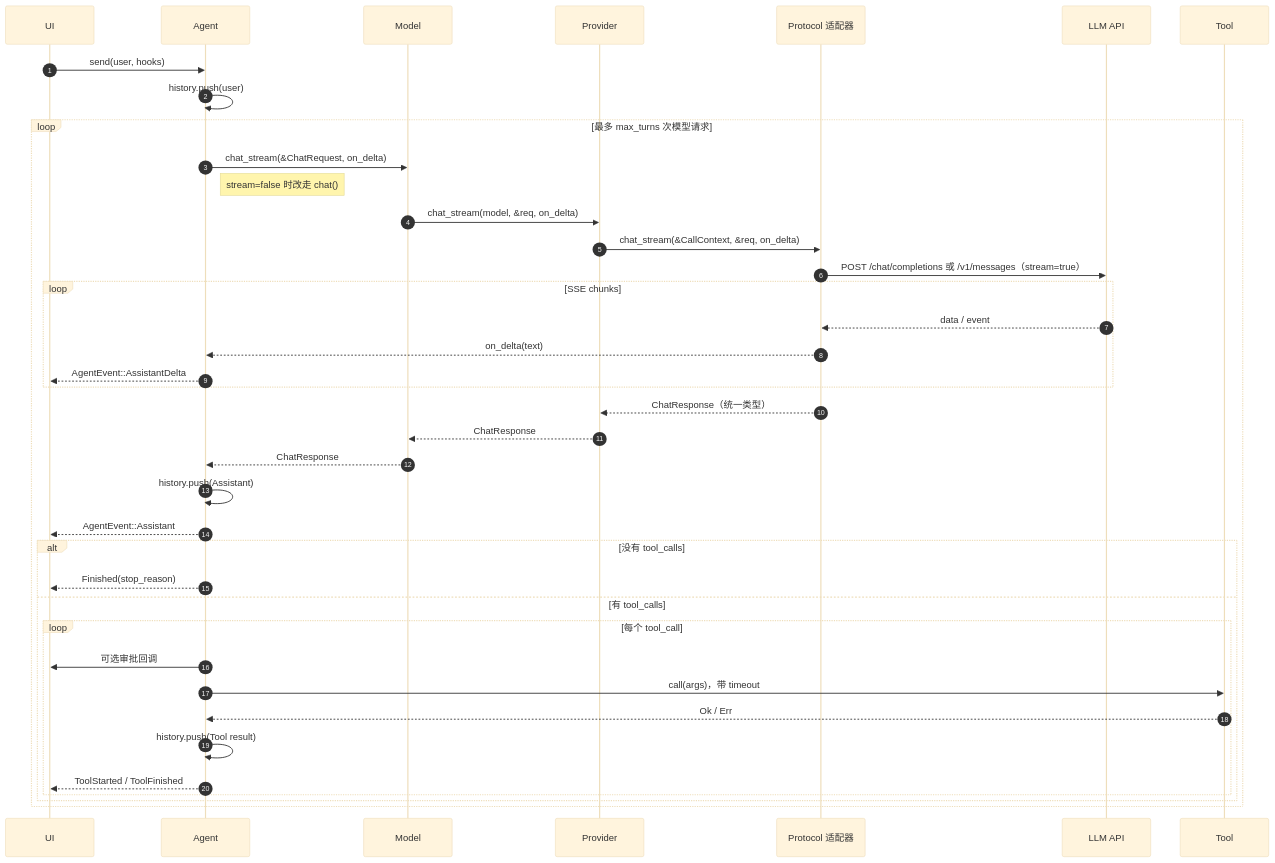
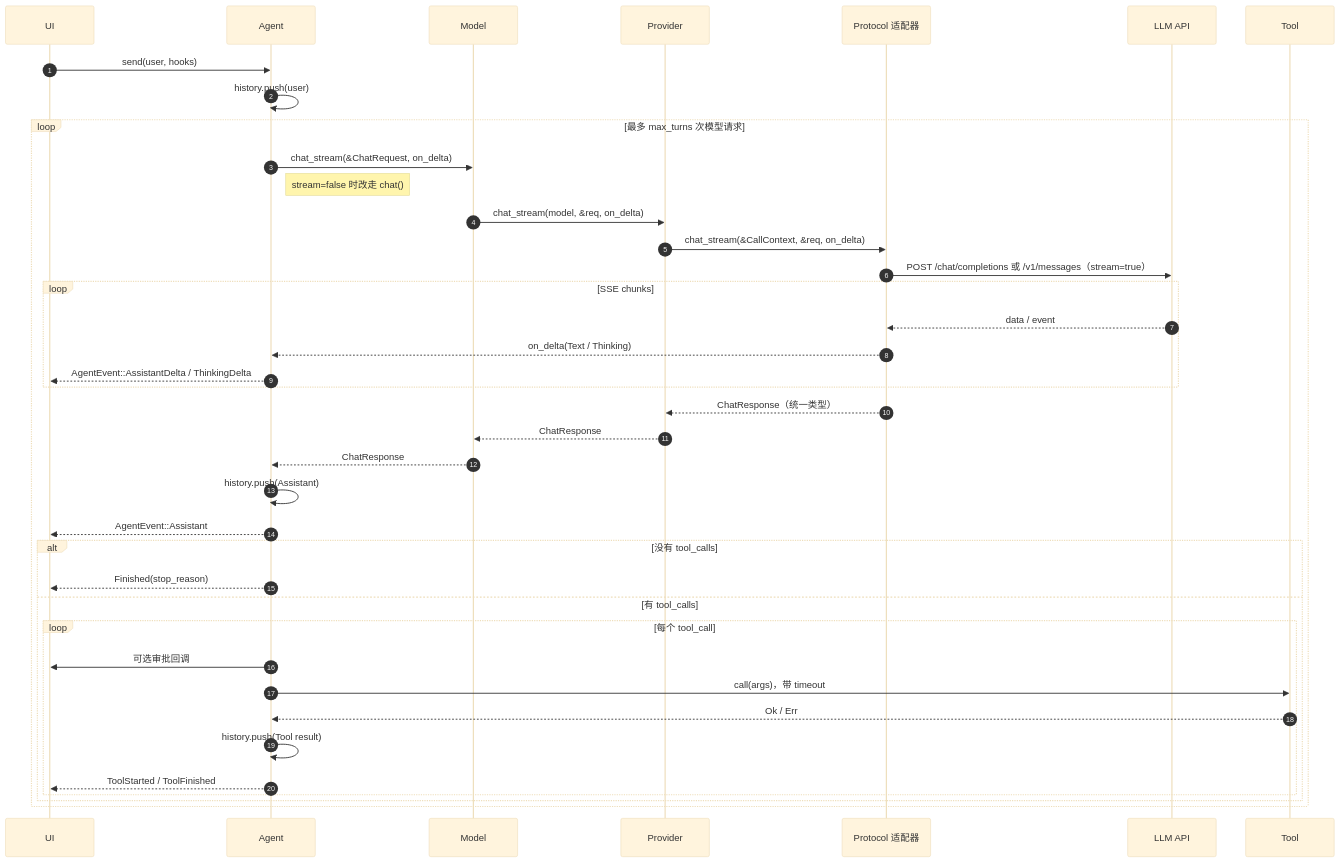
The second of 2 diagrams in docs/ARCHITECTURE.md (jie7410/kunpeng), drawn with Mermaid (base theme) before and after one commit. The commit also changed other lines of this file and 10 other files, not shown here.

````diff
--- a/docs/ARCHITECTURE.md
+++ b/docs/ARCHITECTURE.md
@@ -95,45 +95,45 @@
 ```mermaid
 sequenceDiagram
     autonumber
     participant UI
     participant A as Agent
     participant M as Model
     participant P as Provider
     participant AD as Protocol 适配器
     participant API as LLM API
     participant T as Tool
 
     UI->>A: send(user, hooks)
     A->>A: history.push(user)
 
     loop 最多 max_turns 次模型请求
         A->>M: chat_stream(&ChatRequest, on_delta)
         Note right of A: stream=false 时改走 chat()
         M->>P: chat_stream(model, &req, on_delta)
         P->>AD: chat_stream(&CallContext, &req, on_delta)
         AD->>API: POST /chat/completions 或 /v1/messages（stream=true）
         loop SSE chunks
             API-->>AD: data / event
-            AD-->>A: on_delta(text)
-            A-->>UI: AgentEvent::AssistantDelta
+            AD-->>A: on_delta(Text / Thinking)
+            A-->>UI: AgentEvent::AssistantDelta / ThinkingDelta
         end
         AD-->>P: ChatResponse（统一类型）
         P-->>M: ChatResponse
         M-->>A: ChatResponse
 
         A->>A: history.push(Assistant)
         A-->>UI: AgentEvent::Assistant
 
         alt 没有 tool_calls
             A-->>UI: Finished(stop_reason)
         else 有 tool_calls
             loop 每个 tool_call
                 A->>UI: 可选审批回调
                 A->>T: call(args)，带 timeout
                 T-->>A: Ok / Err
                 A->>A: history.push(Tool result)
                 A-->>UI: ToolStarted / ToolFinished
             end
         end
     end
 ```
````
